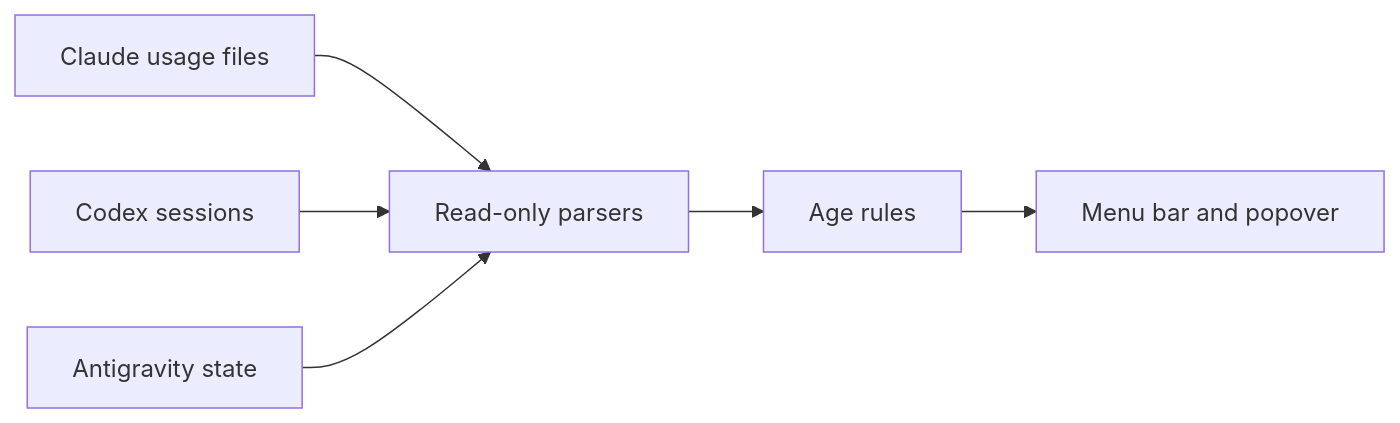
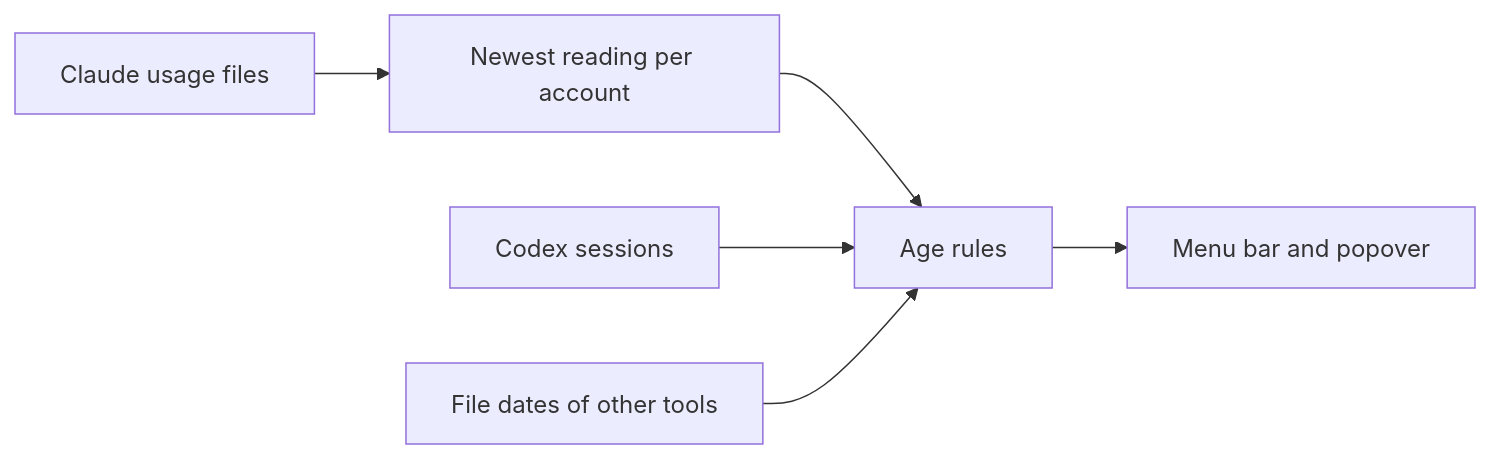
The first of 2 diagrams in README.md (davidwidagdo/ai-meter-bar), drawn with Mermaid before and after one commit. The commit also changed other lines of this file and 16 other files, not shown here.

First line of the commit message:
feat(ai-meter-bar): read usage per account, add tool marks and profile delete

````diff
--- a/README.md
+++ b/README.md
@@ -27,7 +28,7 @@
 ```mermaid
 flowchart LR
-  A[Claude usage files] --> D[Read-only parsers]
-  B[Codex sessions] --> D
-  C[Antigravity state] --> D
-  D --> E[Age rules] --> F[Menu bar and popover]
+  A[Claude usage files] --> M[Newest reading per account] --> E[Age rules]
+  B[Codex sessions] --> E
+  C[File dates of other tools] --> E
+  E --> F[Menu bar and popover]
 ```
````
